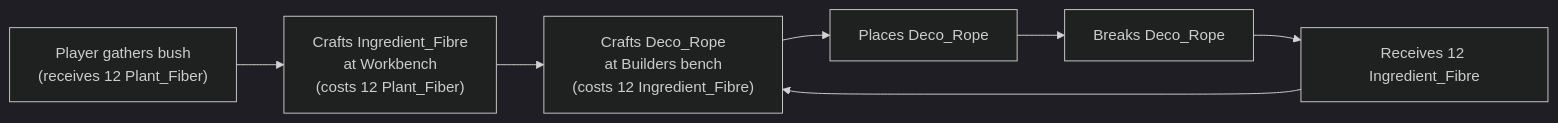
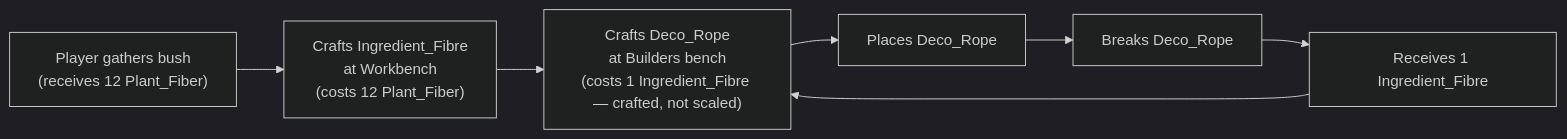
The second of 3 diagrams in docs/product/vision.md (TheCodeCreature/Hytale-Example-Plugin), drawn with Mermaid (dark theme) before and after one commit. The commit also changed other lines of this file and 22 other files, not shown here.

````diff
--- a/docs/product/vision.md
+++ b/docs/product/vision.md
@@ -38,9 +38,9 @@
 ```mermaid
 flowchart LR
     G["Player gathers bush\n(receives 12 Plant_Fiber)"] --> H["Crafts Ingredient_Fibre\nat Workbench\n(costs 12 Plant_Fiber)"]
-    H --> I["Crafts Deco_Rope\nat Builders bench\n(costs 12 Ingredient_Fibre)"]
+    H --> I["Crafts Deco_Rope\nat Builders bench\n(costs 1 Ingredient_Fibre — crafted, not scaled)"]
     I --> J["Places Deco_Rope"]
     J --> K["Breaks Deco_Rope"]
-    K --> L["Receives 12 Ingredient_Fibre"]
+    K --> L["Receives 1 Ingredient_Fibre"]
     L --> I
 ```
````
